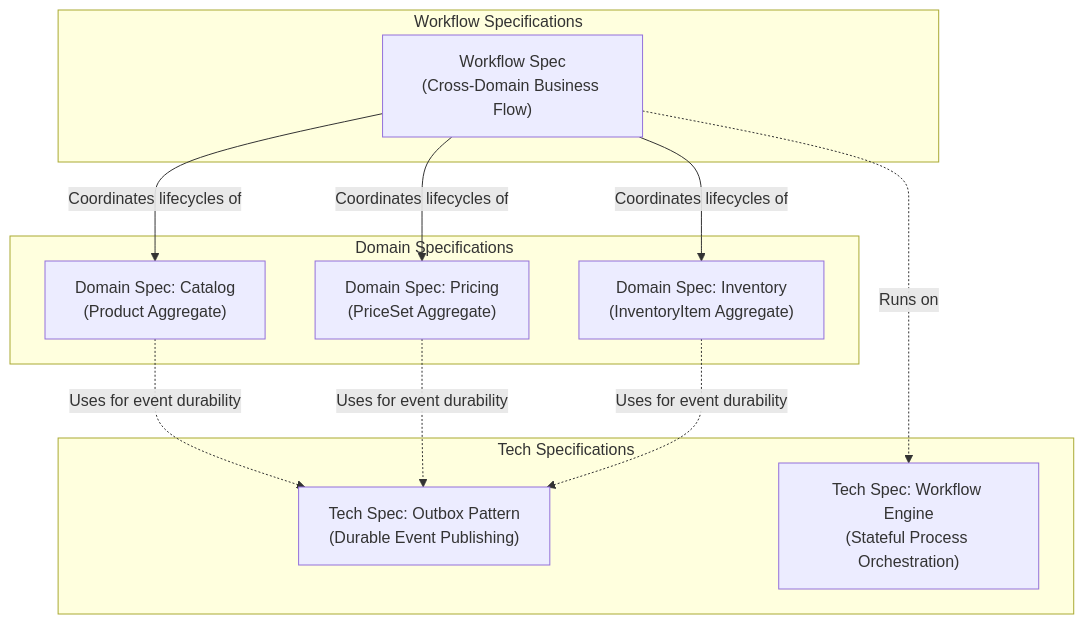
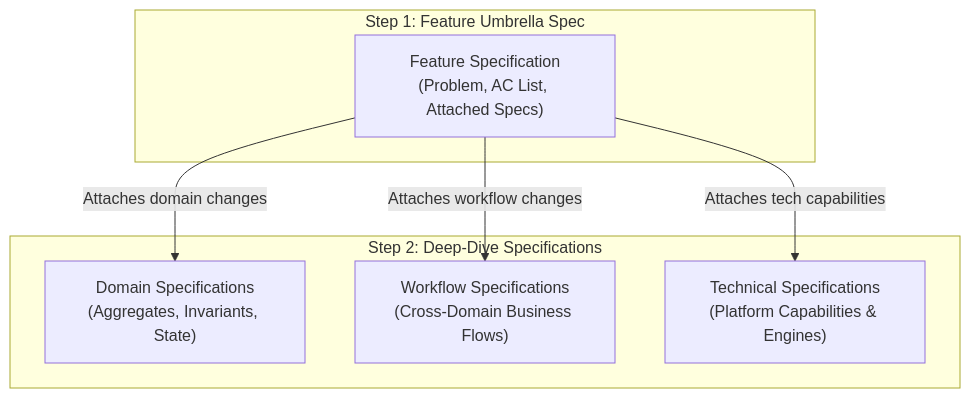
Before and after one commit to khinemyaezin/grab: the diagram in docs/templates/README.md, drawn with Mermaid. The commit also changed other lines of this file and 29 other files, not shown here.

````diff
--- a/docs/templates/README.md
+++ b/docs/templates/README.md
@@ -5,25 +11,16 @@
 ```mermaid
 flowchart TD
-    subgraph BusinessWorkflows ["Workflow Specifications"]
-        WF["Workflow Spec\n(Cross-Domain Business Flow)"]
+    subgraph Step1 ["Step 1: Feature Umbrella Spec"]
+        F["Feature Specification\n(Problem, AC List, Attached Specs)"]
     end
 
-    subgraph DomainAggregates ["Domain Specifications"]
-        D1["Domain Spec: Catalog\n(Product Aggregate)"]
-        D2["Domain Spec: Pricing\n(PriceSet Aggregate)"]
-        D3["Domain Spec: Inventory\n(InventoryItem Aggregate)"]
+    subgraph Step2 ["Step 2: Deep-Dive Specifications"]
+        D["Domain Specifications\n(Aggregates, Invariants, State)"]
+        W["Workflow Specifications\n(Cross-Domain Business Flows)"]
+        T["Technical Specifications\n(Platform Capabilities & Engines)"]
     end
 
-    subgraph TechnicalCapabilities ["Tech Specifications"]
-        T1["Tech Spec: Outbox Pattern\n(Durable Event Publishing)"]
-        T2["Tech Spec: Workflow Engine\n(Stateful Process Orchestration)"]
-    end
-
-    WF -->|"Coordinates lifecycles of"| D1
-    WF -->|"Coordinates lifecycles of"| D2
-    WF -->|"Coordinates lifecycles of"| D3
-    D1 -.->|"Uses for event durability"| T1
-    D2 -.->|"Uses for event durability"| T1
-    D3 -.->|"Uses for event durability"| T1
-    WF -.->|"Runs on"| T2
+    F -->|"Attaches domain changes"| D
+    F -->|"Attaches workflow changes"| W
+    F -->|"Attaches tech capabilities"| T
 ```
````
